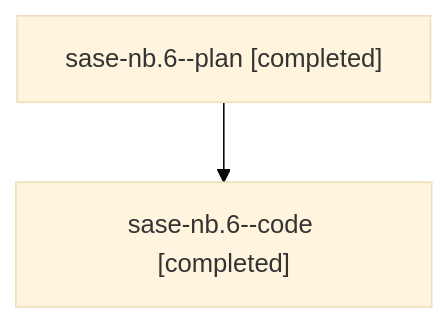
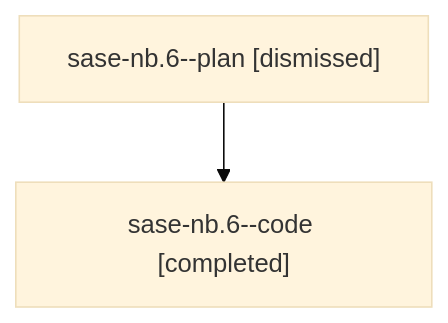
The diagram in families/bbugyi200.athena.sase-nb.6.md (sase-org/sase--agents), drawn with Mermaid (base theme) before and after one commit. The commit also changed other lines of this file and 287 other files, not shown here.

````diff
--- a/families/bbugyi200.athena.sase-nb.6.md
+++ b/families/bbugyi200.athena.sase-nb.6.md
@@ -9,6 +9,6 @@
 ```mermaid
 flowchart TD
-  n0["sase-nb.6--plan [completed]"]
+  n0["sase-nb.6--plan [dismissed]"]
   n1["sase-nb.6--code [completed]"]
   n0 --> n1
 ```
````
